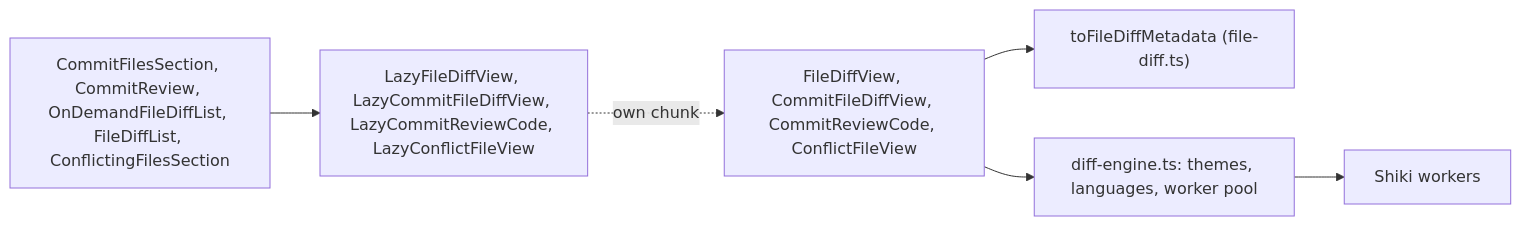
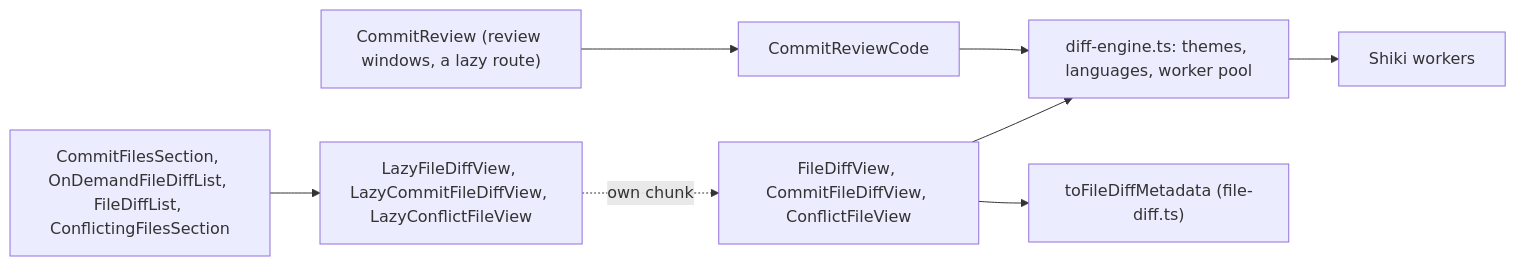
Before and after one commit to develar/branch-deck: the diagram in docs/design/diff-view.md, drawn with Mermaid. The commit also changed other lines of this file and 29 other files, not shown here.

````diff
--- a/docs/design/diff-view.md
+++ b/docs/design/diff-view.md
@@ -29,8 +29,10 @@
 ```mermaid
 flowchart LR
-    V["CommitFilesSection, CommitReview, OnDemandFileDiffList, FileDiffList, ConflictingFilesSection"] --> L["LazyFileDiffView, LazyCommitFileDiffView, LazyCommitReviewCode, LazyConflictFileView"]
-    L -. "own chunk" .-> F["FileDiffView, CommitFileDiffView, CommitReviewCode, ConflictFileView"]
+    V["CommitFilesSection, OnDemandFileDiffList, FileDiffList, ConflictingFilesSection"] --> L["LazyFileDiffView, LazyCommitFileDiffView, LazyConflictFileView"]
+    L -. "own chunk" .-> F["FileDiffView, CommitFileDiffView, ConflictFileView"]
+    R["CommitReview (review windows, a lazy route)"] --> C["CommitReviewCode"]
+    C --> E
     F --> A["toFileDiffMetadata (file-diff.ts)"]
     F --> E["diff-engine.ts: themes, languages, worker pool"]
     E --> W["Shiki workers"]
 ```
````
